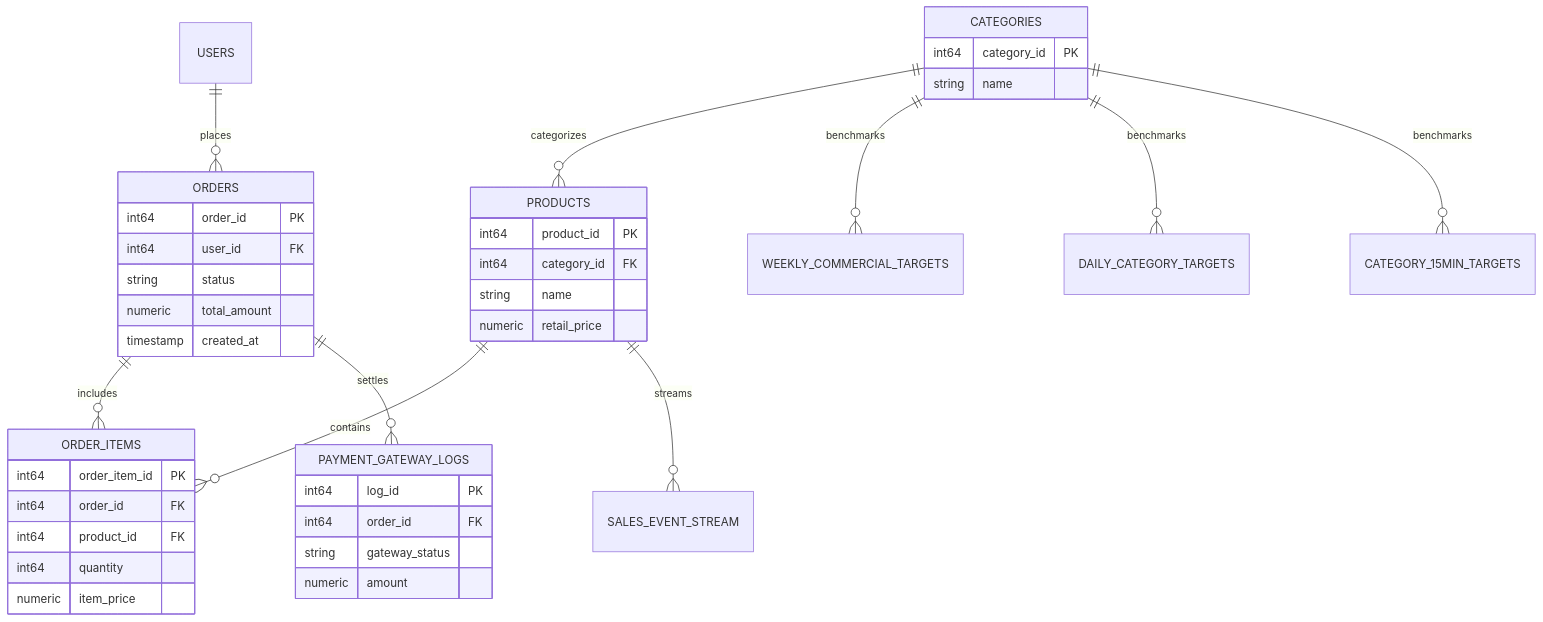
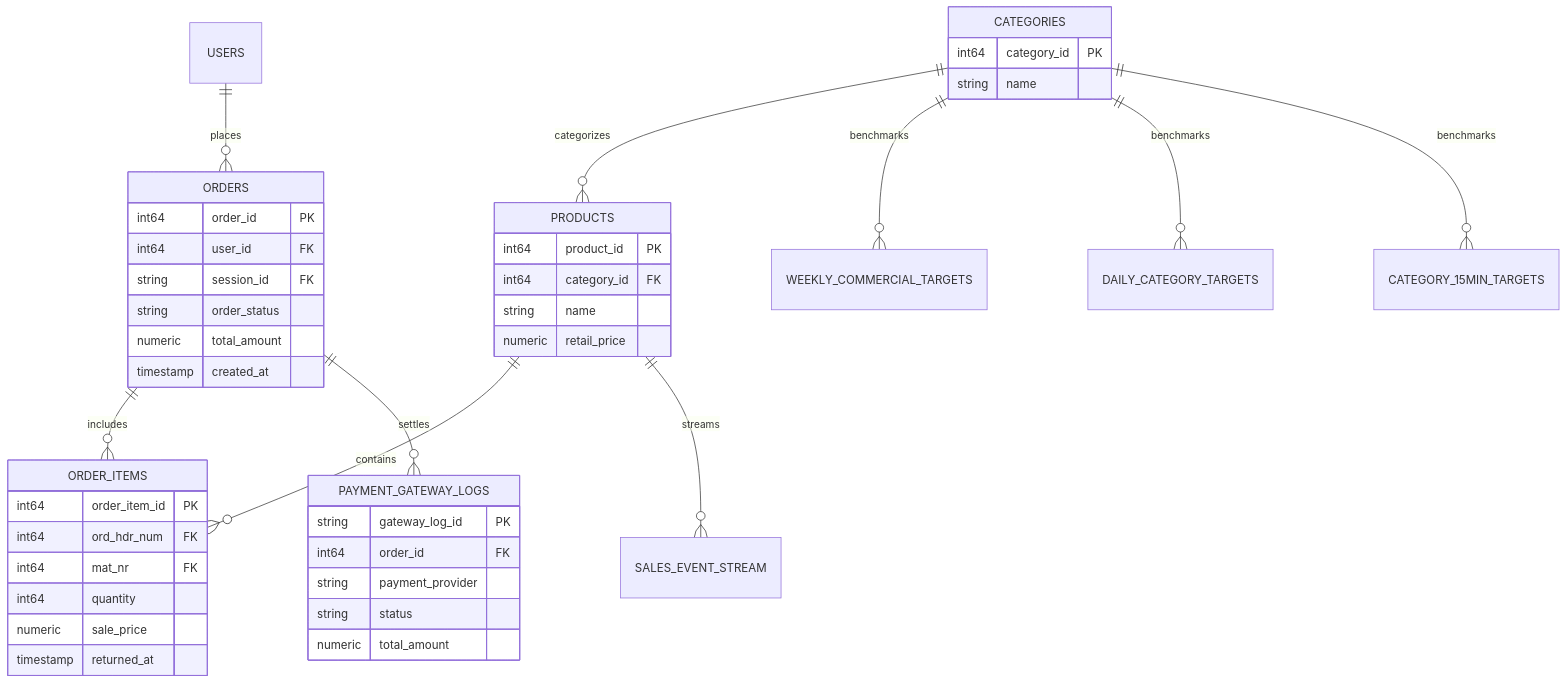
One commit to kestutisgoogle/black-week changed the first of 3 diagrams in docs/DATASET_DATA_AND_SCHEMA_SUMMARY.md. Above: the diagram before and after it, drawn with Mermaid. The commit also changed other lines of this file and 53 other files, not shown here.

````diff
--- a/docs/DATASET_DATA_AND_SCHEMA_SUMMARY.md
+++ b/docs/DATASET_DATA_AND_SCHEMA_SUMMARY.md
@@ -168,43 +168,46 @@
 ```mermaid
 erDiagram
     CATEGORIES ||--o{ PRODUCTS : categorizes
     PRODUCTS ||--o{ ORDER_ITEMS : contains
     ORDERS ||--o{ ORDER_ITEMS : includes
     USERS ||--o{ ORDERS : places
     ORDERS ||--o{ PAYMENT_GATEWAY_LOGS : settles
     CATEGORIES ||--o{ WEEKLY_COMMERCIAL_TARGETS : benchmarks
     CATEGORIES ||--o{ DAILY_CATEGORY_TARGETS : benchmarks
     CATEGORIES ||--o{ CATEGORY_15MIN_TARGETS : benchmarks
     PRODUCTS ||--o{ SALES_EVENT_STREAM : streams
 
     CATEGORIES {
         int64 category_id PK
         string name
     }
     PRODUCTS {
         int64 product_id PK
         int64 category_id FK
         string name
         numeric retail_price
     }
     ORDERS {
         int64 order_id PK
         int64 user_id FK
-        string status
+        string session_id FK
+        string order_status
         numeric total_amount
         timestamp created_at
     }
     ORDER_ITEMS {
         int64 order_item_id PK
-        int64 order_id FK
-        int64 product_id FK
+        int64 ord_hdr_num FK
+        int64 mat_nr FK
         int64 quantity
-        numeric item_price
+        numeric sale_price
+        timestamp returned_at
     }
     PAYMENT_GATEWAY_LOGS {
-        int64 log_id PK
+        string gateway_log_id PK
         int64 order_id FK
-        string gateway_status
-        numeric amount
+        string payment_provider
+        string status
+        numeric total_amount
     }
 ```
````
